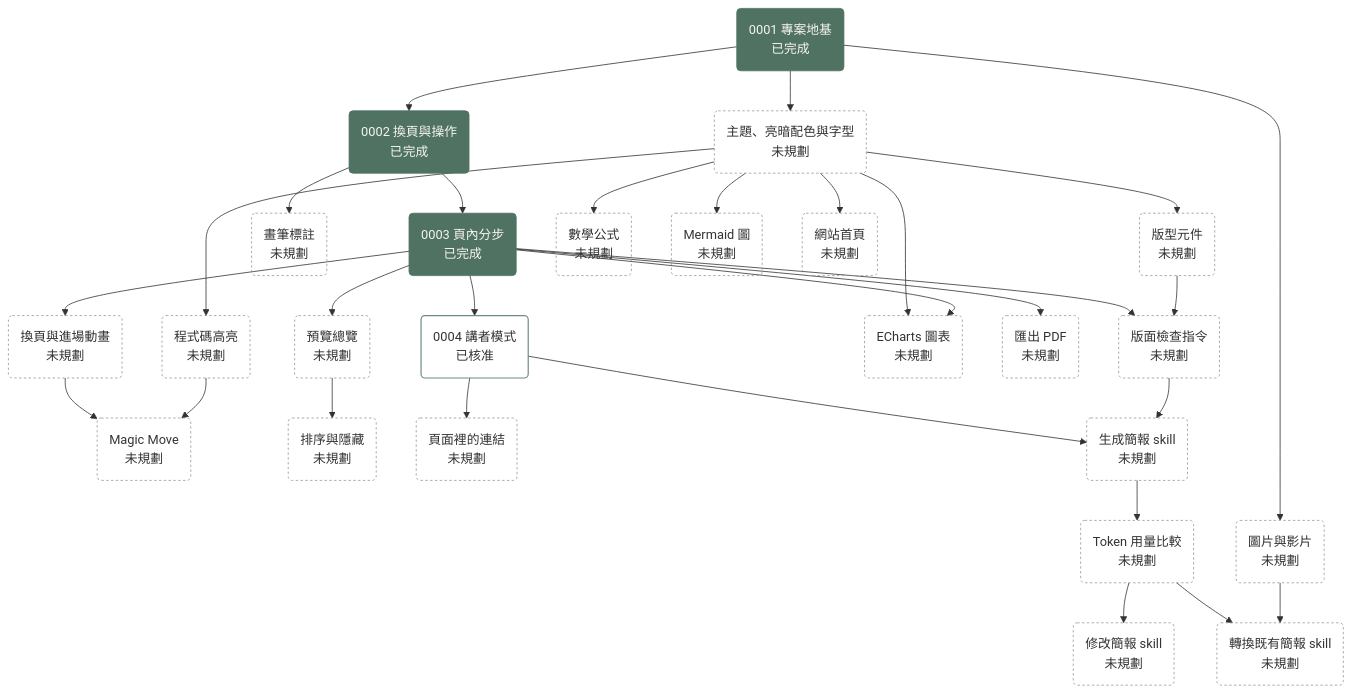
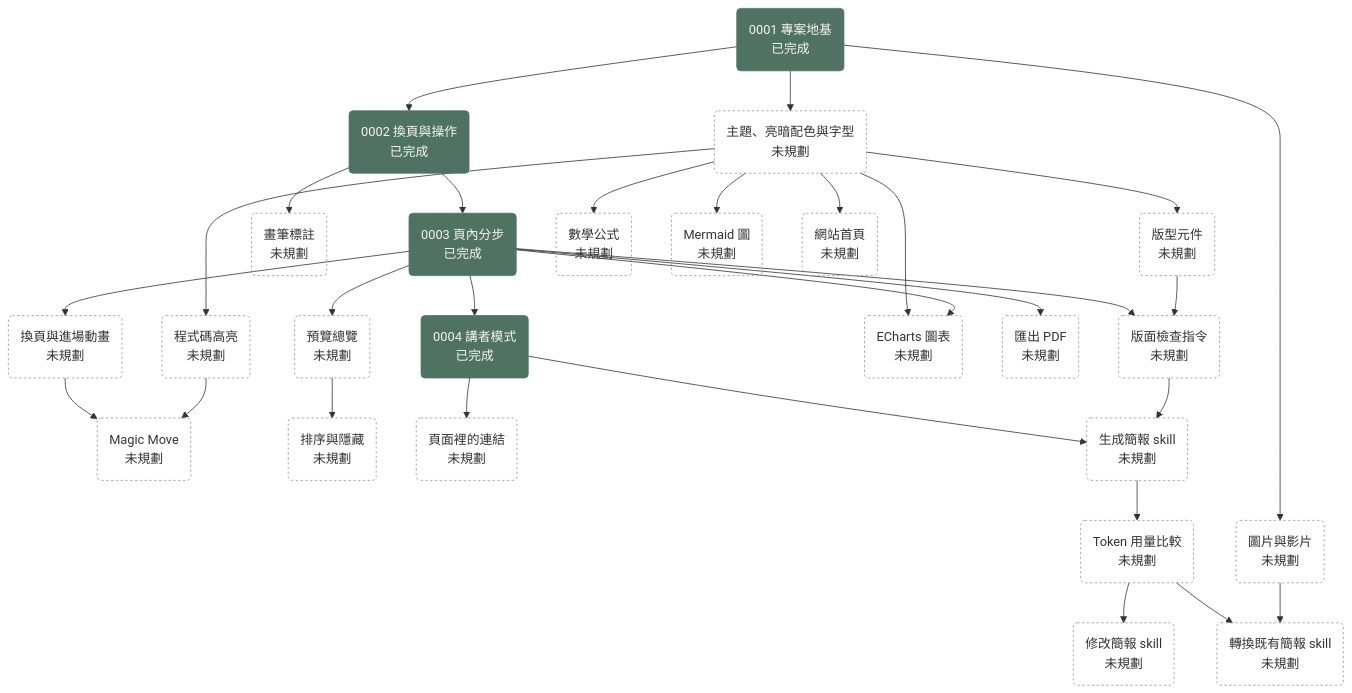
The diagram in docs/plans/roadmap.md (bingyangchen/diapo), drawn with Mermaid before and after one commit. The commit also changed other lines of this file and 68 other files, not shown here.

````diff
--- a/docs/plans/roadmap.md
+++ b/docs/plans/roadmap.md
@@ -7,47 +7,47 @@
 ```mermaid
 flowchart TD
   P0001("0001 專案地基<br/>已完成"):::done
   P0002("0002 換頁與操作<br/>已完成"):::done
   P0003("0003 頁內分步<br/>已完成"):::done
   transitions("換頁與進場動畫<br/>未規劃"):::unplanned
   magic_move("Magic Move<br/>未規劃"):::unplanned
   overview("預覽總覽<br/>未規劃"):::unplanned
   reorder("排序與隱藏<br/>未規劃"):::unplanned
   annotation("畫筆標註<br/>未規劃"):::unplanned
   page_links("頁面裡的連結<br/>未規劃"):::unplanned
-  P0004("0004 講者模式<br/>已核准"):::approved
+  P0004("0004 講者模式<br/>已完成"):::done
   theme("主題、亮暗配色與字型<br/>未規劃"):::unplanned
   layouts("版型元件<br/>未規劃"):::unplanned
   media("圖片與影片<br/>未規劃"):::unplanned
   code_highlight("程式碼高亮<br/>未規劃"):::unplanned
   math("數學公式<br/>未規劃"):::unplanned
   mermaid_diagram("Mermaid 圖<br/>未規劃"):::unplanned
   charts("ECharts 圖表<br/>未規劃"):::unplanned
   pdf_export("匯出 PDF<br/>未規劃"):::unplanned
   site_home("網站首頁<br/>未規劃"):::unplanned
   layout_check("版面檢查指令<br/>未規劃"):::unplanned
   skill_generate("生成簡報 skill<br/>未規劃"):::unplanned
   token_benchmark("Token 用量比較<br/>未規劃"):::unplanned
   skill_modify("修改簡報 skill<br/>未規劃"):::unplanned
   skill_convert("轉換既有簡報 skill<br/>未規劃"):::unplanned
   P0001 --> P0002 --> P0003 --> transitions --> magic_move
   P0003 --> overview --> reorder
   P0002 --> annotation
   P0004 --> page_links
   P0003 --> P0004 --> skill_generate
   P0003 --> pdf_export
   P0003 --> layout_check
   P0001 --> theme --> layouts --> layout_check --> skill_generate
   skill_generate --> token_benchmark --> skill_modify
   token_benchmark --> skill_convert
   P0001 --> media --> skill_convert
   theme --> site_home
   theme --> code_highlight --> magic_move
   theme --> math
   theme --> mermaid_diagram
   theme --> charts
   P0003 --> charts
   classDef done fill:#4f7262,stroke:#4f7262,color:#f7f5f0
   classDef approved fill:none,stroke:#6b8f7e,stroke-width:1.5px
   classDef unplanned fill:none,stroke:#9a978f,stroke-dasharray:3 3
 ```
````
